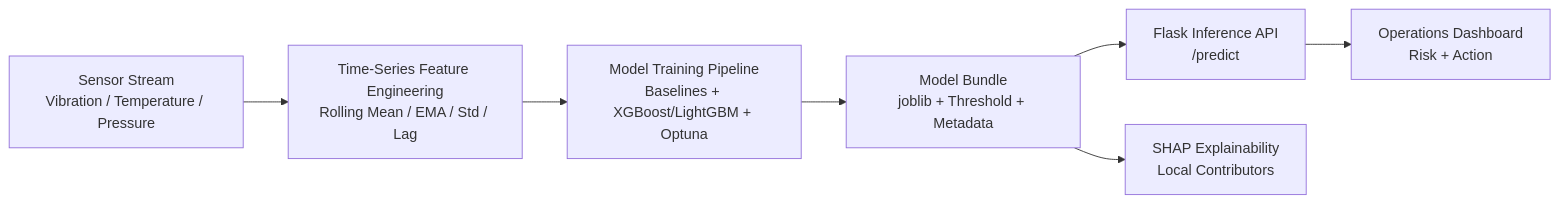
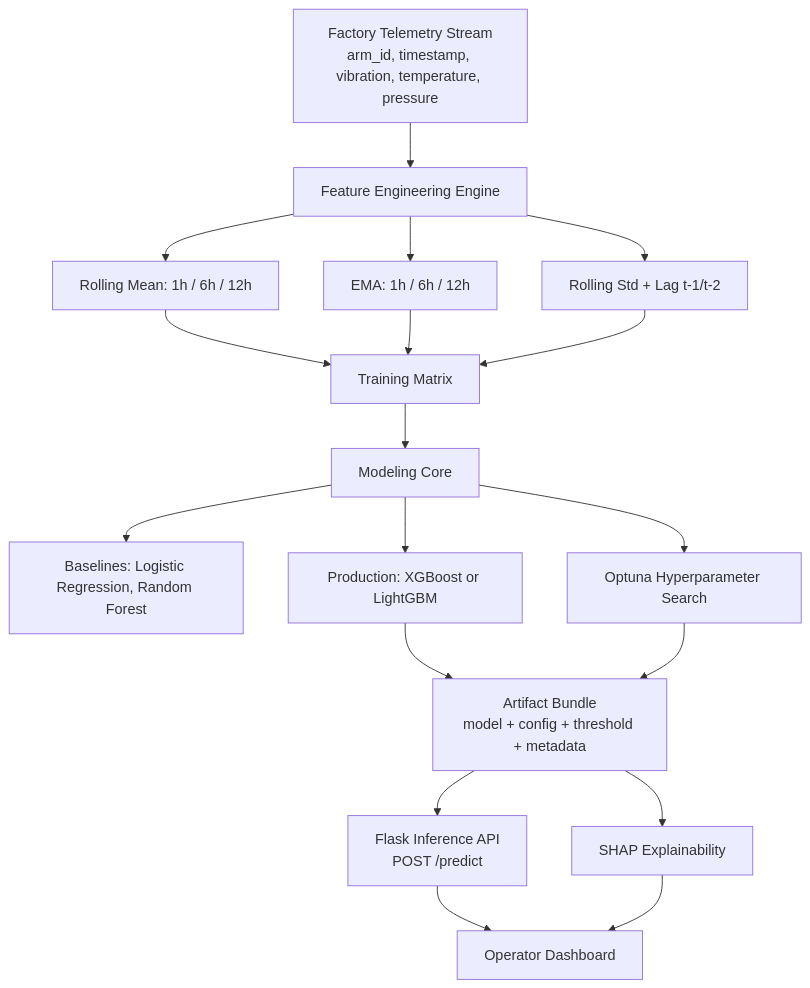
One commit to devsuthar-ai-ml/factoryguard-ai changed the first of 3 diagrams in README.md. Above: the diagram before and after it, drawn with Mermaid. The commit also changed other lines of this file, not shown here.

````diff
--- a/README.md
+++ b/README.md
@@ -32,9 +77,24 @@
 ```mermaid
-flowchart LR
-    A[Sensor Stream<br/>Vibration / Temperature / Pressure] --> B[Time-Series Feature Engineering<br/>Rolling Mean / EMA / Std / Lag]
-    B --> C[Model Training Pipeline<br/>Baselines + XGBoost/LightGBM + Optuna]
-    C --> D[Model Bundle<br/>joblib + Threshold + Metadata]
-    D --> E[Flask Inference API<br/>/predict]
-    E --> F[Operations Dashboard<br/>Risk + Action]
-    D --> G[SHAP Explainability<br/>Local Contributors]
+flowchart TD
+    A[Factory Telemetry Stream<br/>arm_id, timestamp, vibration, temperature, pressure] --> B[Feature Engineering Engine]
+    B --> B1[Rolling Mean: 1h / 6h / 12h]
+    B --> B2[EMA: 1h / 6h / 12h]
+    B --> B3[Rolling Std + Lag t-1/t-2]
+
+    B1 --> C[Training Matrix]
+    B2 --> C
+    B3 --> C
+
+    C --> D[Modeling Core]
+    D --> D1[Baselines: Logistic Regression, Random Forest]
+    D --> D2[Production: XGBoost or LightGBM]
+    D --> D3[Optuna Hyperparameter Search]
+
+    D2 --> E[Artifact Bundle<br/>model + config + threshold + metadata]
+    D3 --> E
+
+    E --> F[Flask Inference API<br/>POST /predict]
+    E --> G[SHAP Explainability]
+    F --> H[Operator Dashboard]
+    G --> H
 ```
````
